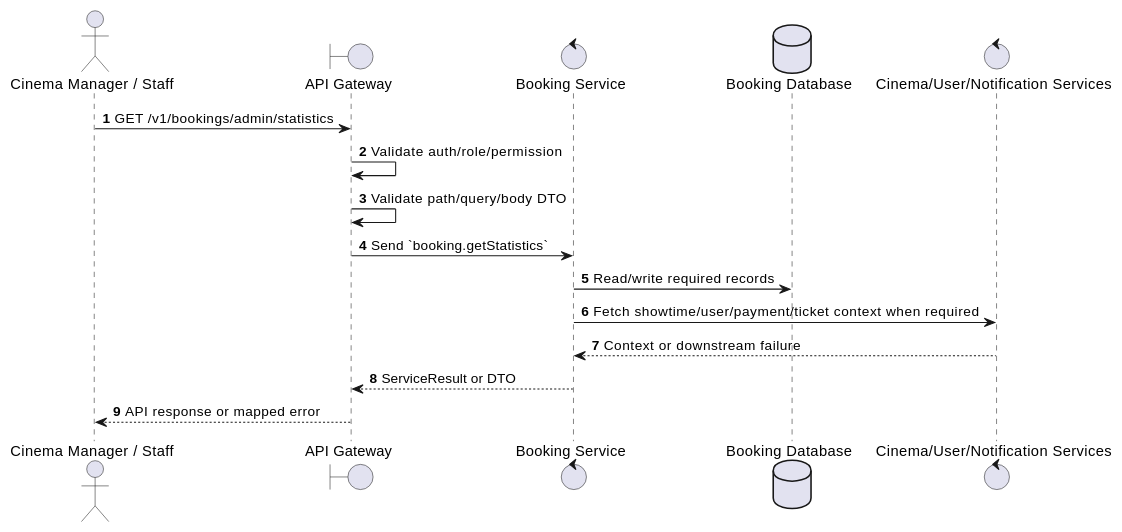
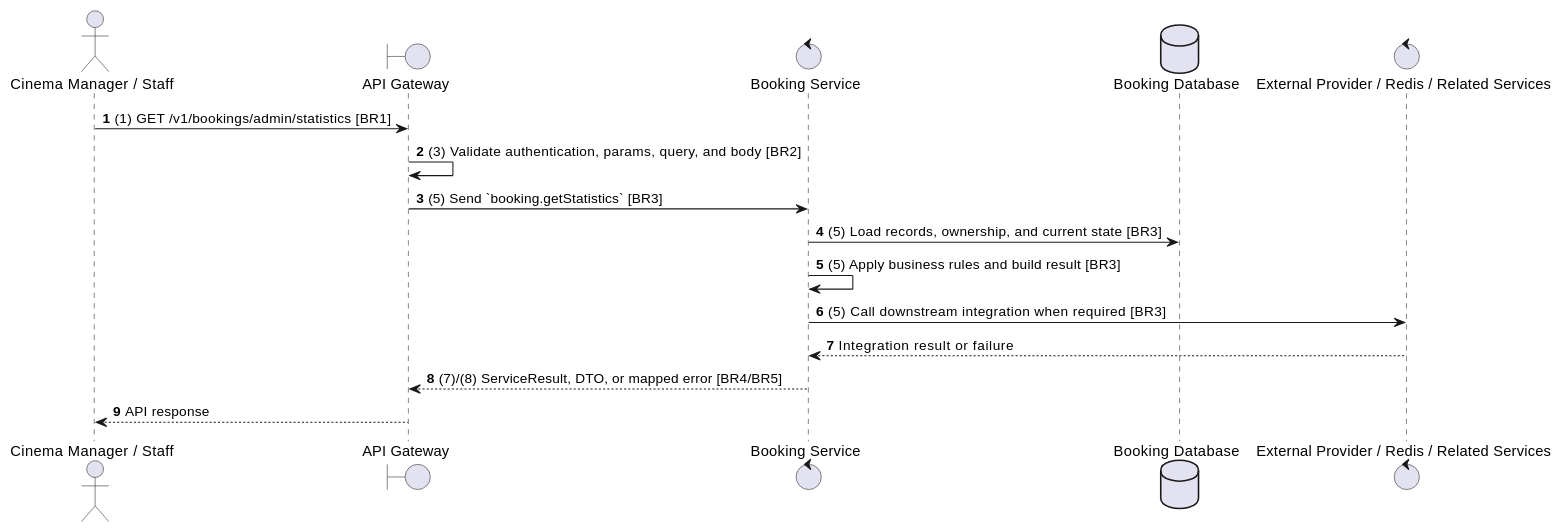
Before and after one commit to Tanh1603/movie-hub-architecture: the second of 2 diagrams in docs/functional_specs/3.5.2_Admin_Booking_Operations/BK-A08_Get_Booking_Statistics.md, drawn with PlantUML. The commit also changed other lines of this file and 129 other files, not shown here.

````diff
--- a/docs/functional_specs/3.5.2_Admin_Booking_Operations/BK-A08_Get_Booking_Statistics.md
+++ b/docs/functional_specs/3.5.2_Admin_Booking_Operations/BK-A08_Get_Booking_Statistics.md
@@ -17,20 +64,20 @@
 ```plantuml
 @startuml
 autonumber
 actor "Cinema Manager / Staff" as Actor
 boundary "API Gateway" as GW
 control "Booking Service" as SVC
 database "Booking Database" as DB
-control "Cinema/User/Notification Services" as EXT
+control "External Provider / Redis / Related Services" as EXT
 
-Actor -> GW: GET /v1/bookings/admin/statistics
-GW -> GW: Validate auth/role/permission
-GW -> GW: Validate path/query/body DTO
-GW -> SVC: Send `booking.getStatistics`
-SVC -> DB: Read/write required records
-SVC -> EXT: Fetch showtime/user/payment/ticket context when required
-EXT --> SVC: Context or downstream failure
-SVC --> GW: ServiceResult or DTO
-GW --> Actor: API response or mapped error
+Actor -> GW: (1) GET /v1/bookings/admin/statistics [BR1]
+GW -> GW: (3) Validate authentication, params, query, and body [BR2]
+GW -> SVC: (5) Send `booking.getStatistics` [BR3]
+SVC -> DB: (5) Load records, ownership, and current state [BR3]
+SVC -> SVC: (5) Apply business rules and build result [BR3]
+SVC -> EXT: (5) Call downstream integration when required [BR3]
+EXT --> SVC: Integration result or failure
+SVC --> GW: (7)/(8) ServiceResult, DTO, or mapped error [BR4/BR5]
+GW --> Actor: API response
 @enduml
 ```
````
